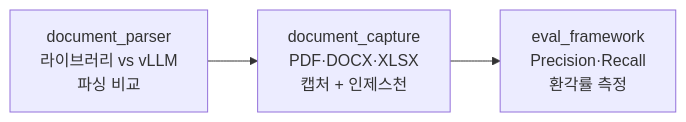
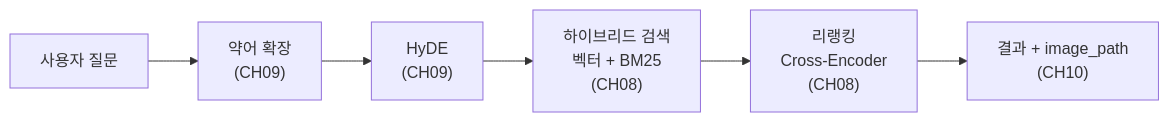
One commit to coderyu5523/book-workflow changed the second of 2 diagrams in projects/사내AI비서_v2/chapters/10-PDF-이미지까지-잡아라.md. Above: the diagram before and after it, drawn with Mermaid. The commit also changed other lines of this file and 85 other files, not shown here.

````diff
--- a/projects/사내AI비서_v2/chapters/10-PDF-이미지까지-잡아라.md
+++ b/projects/사내AI비서_v2/chapters/10-PDF-이미지까지-잡아라.md
@@ -209,5 +826,8 @@
 ```mermaid
 flowchart LR
-    A["document_parser<br>라이브러리 vs vLLM<br>파싱 비교"] --> B["document_capture<br>PDF·DOCX·XLSX<br>캡처 + 인제스천"]
-    B --> C["eval_framework<br>Precision·Recall<br>환각률 측정"]
+    A["사용자 질문"] --> B["약어 확장<br/>(CH09)"]
+    B --> C["HyDE<br/>(CH09)"]
+    C --> D["하이브리드 검색<br/>벡터 + BM25<br/>(CH08)"]
+    D --> E["리랭킹<br/>Cross-Encoder<br/>(CH08)"]
+    E --> F["결과 + image_path<br/>(CH10)"]
 ```
````
